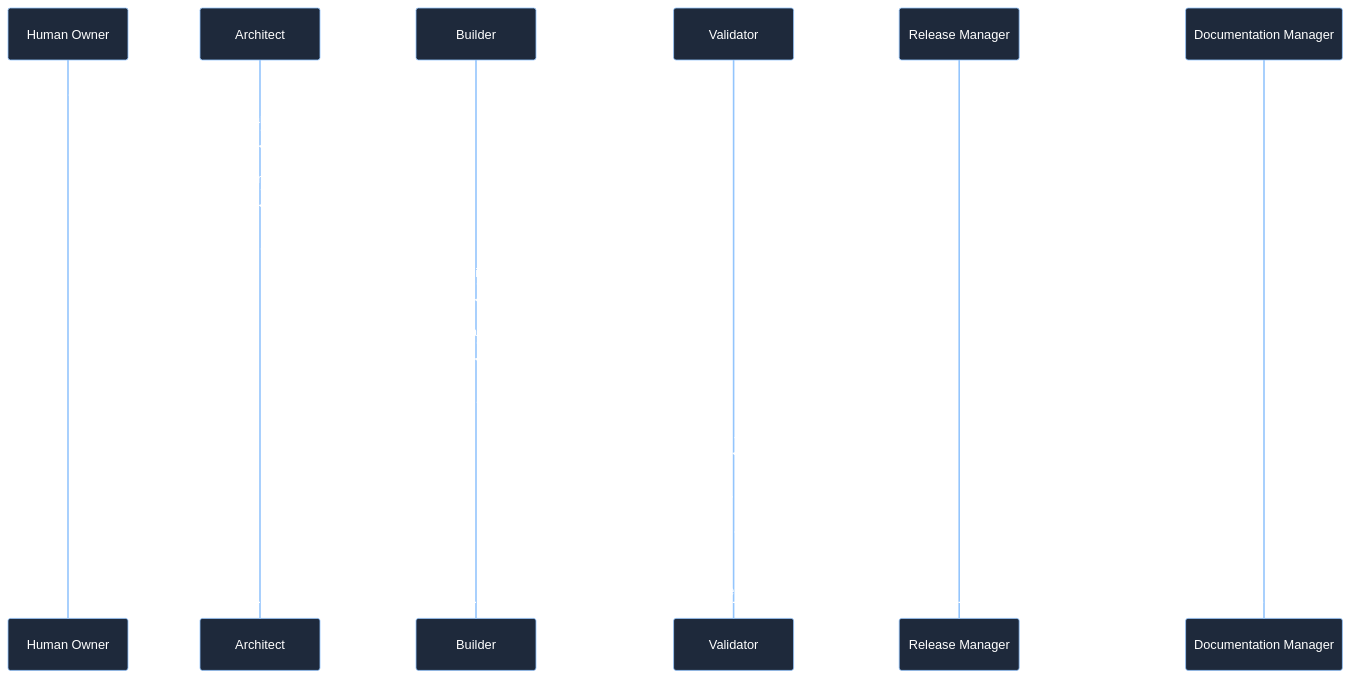
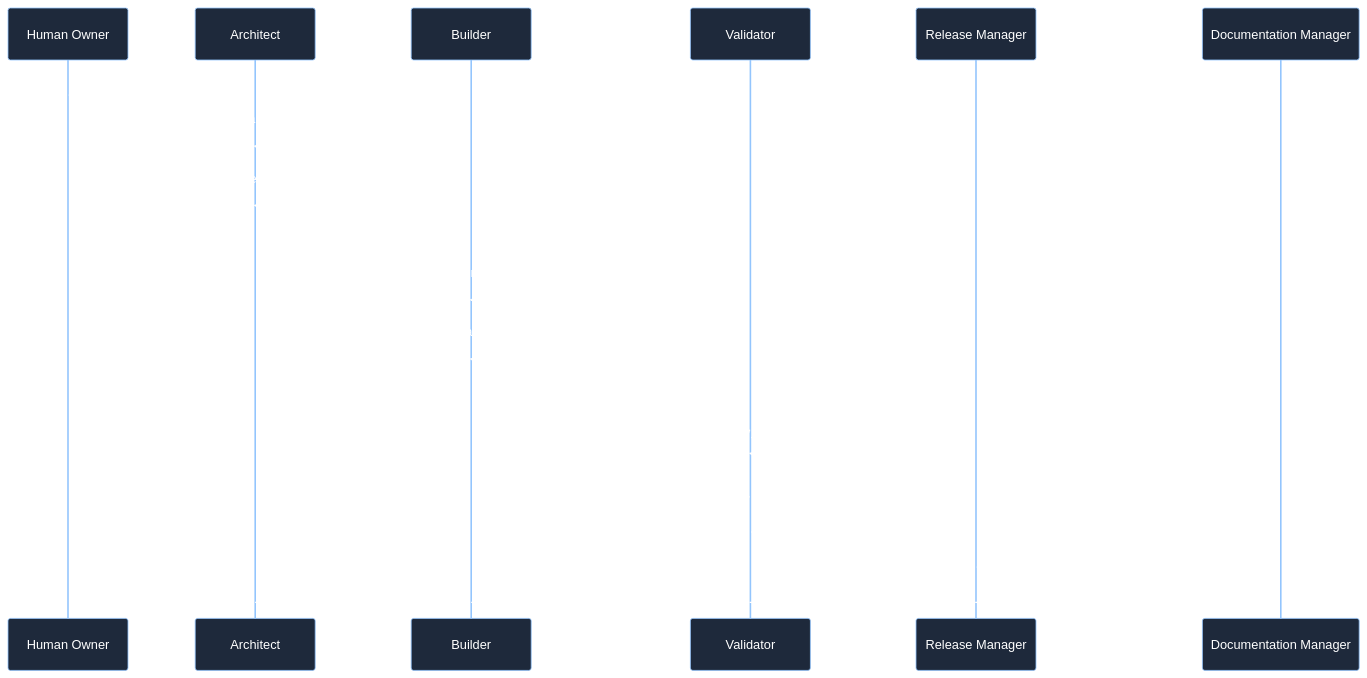
One commit to flynn33/forsetti-agentic-edition changed the first of 4 diagrams in wiki/Workflow.md. Above: the diagram before and after it, drawn with Mermaid. The commit also changed other lines of this file and 11 other files, not shown here.

````diff
--- a/wiki/Workflow.md
+++ b/wiki/Workflow.md
@@ -11,23 +13,23 @@
 ```mermaid
 %%{init: {"theme":"base","themeVariables":{"primaryColor":"#1e293b","primaryTextColor":"#ffffff","primaryBorderColor":"#93c5fd","lineColor":"#334155","secondaryColor":"#eef2ff","tertiaryColor":"#f8fafc"}}}%%
 sequenceDiagram
     participant Owner as Human Owner
     participant Architect
     participant Builder
     participant Validator
     participant Release as Release Manager
     participant Docs as Documentation Manager
 
-    Owner->>Architect: Request governed work
+    Owner->>Architect: request governed work
     Architect->>Architect: classify change and approval class
-    Architect->>Architect: select Forsetti profile and context
+    Architect->>Architect: select edition profile and project context
     Architect->>Builder: issue bounded task contract
-    Builder->>Builder: implement inside scope only
+    Builder->>Builder: implement inside scope
     Builder->>Builder: update docs, changelog, evidence
     Builder->>Validator: submit artifacts and validation proof
-    Validator->>Validator: check scope, rules, manifests, evidence
-    Validator-->>Builder: request changes or block if needed
+    Validator->>Validator: inspect scope, rules, manifests, evidence
+    Validator-->>Builder: request changes or block when needed
     Validator->>Release: pass release-impact evidence
     Release->>Docs: confirm changelog and documentation state
     Docs-->>Owner: aligned delivery surface
 ```
````
